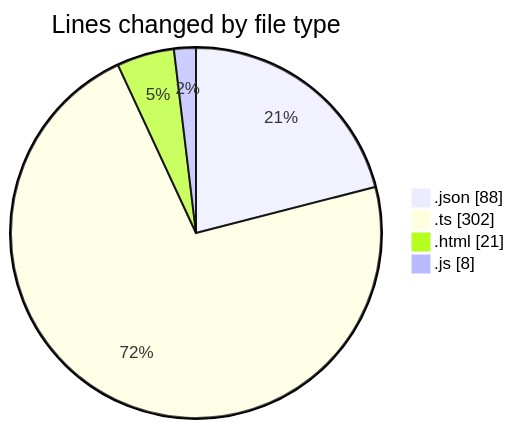
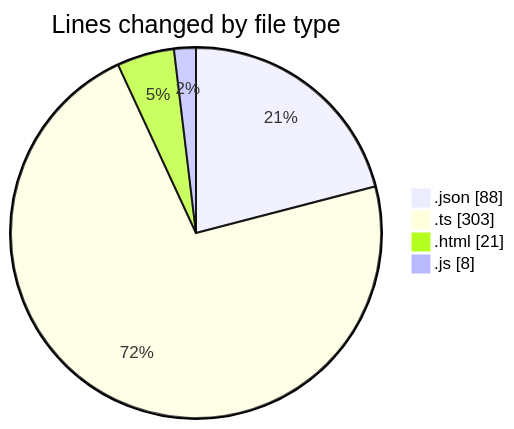
One commit to tmsrecording-cyber/code-tracking changed the first of 2 diagrams in 2026-02-02/singularitybrainai/README.md. Above: the diagram before and after it, drawn with Mermaid. The commit also changed other lines of this file and 1 other file, not shown here.

````diff
--- a/2026-02-02/singularitybrainai/README.md
+++ b/2026-02-02/singularitybrainai/README.md
@@ -24,8 +25,8 @@
 ```mermaid
 pie showData
 title Lines changed by file type
 ".json" : 88
-".ts" : 302
+".ts" : 303
 ".html" : 21
 ".js" : 8
 ```
````
